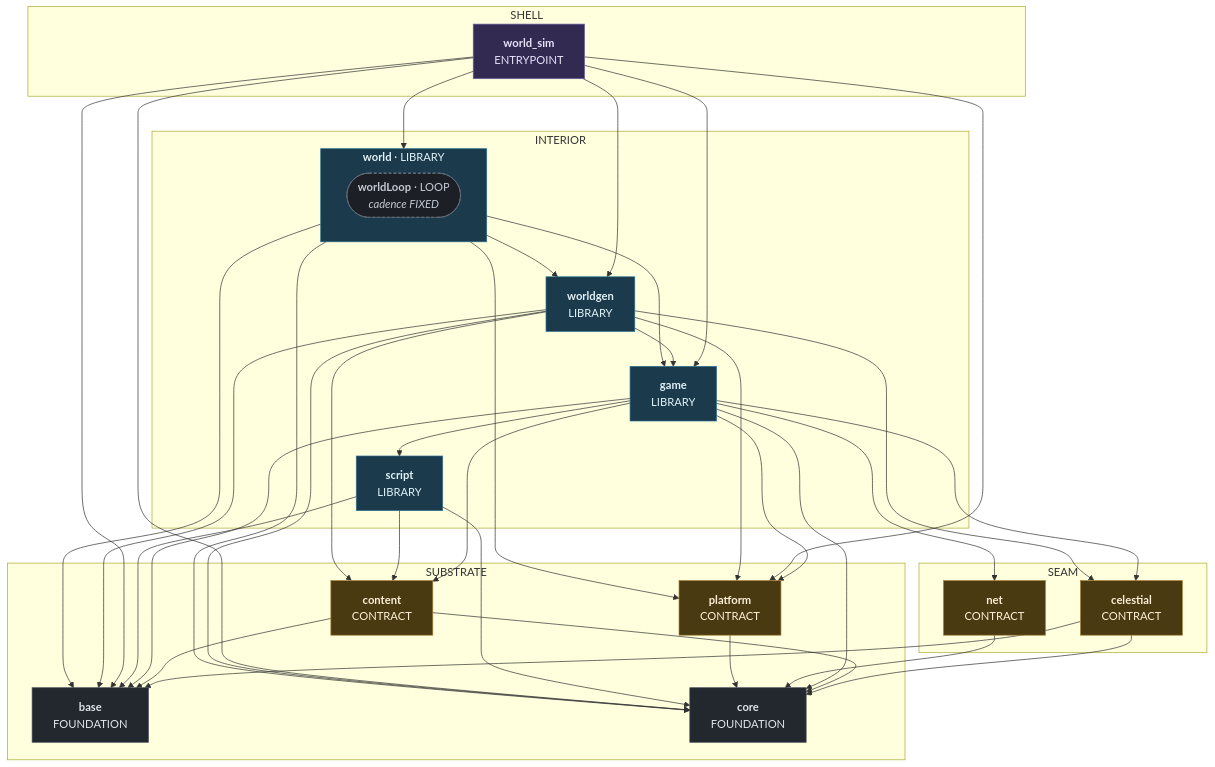
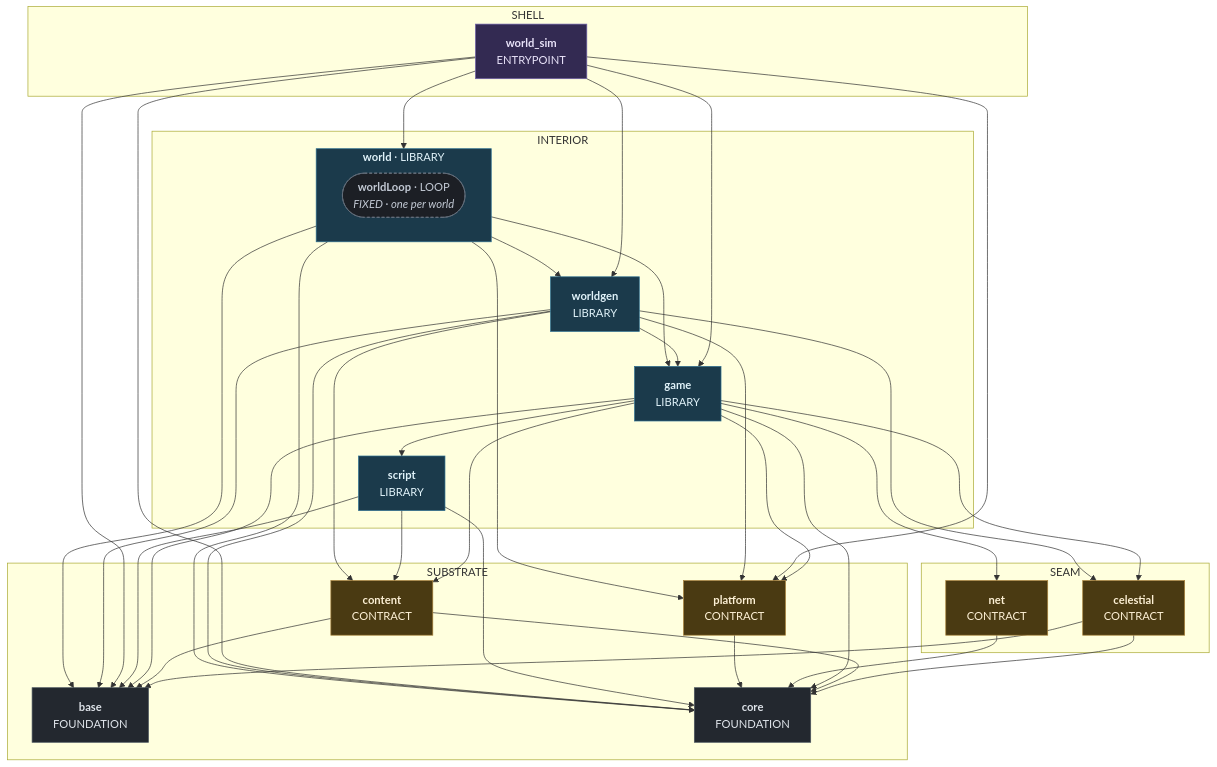
The eighth of 10 diagrams in docs/superpowers/specs/2026-08-01-sovereign-headless-client-design.md (apnex/OpenStarbound), drawn with Mermaid before and after one commit. The commit also changed other lines of this file and 2 other files, not shown here.

````diff
--- a/docs/superpowers/specs/2026-08-01-sovereign-headless-client-design.md
+++ b/docs/superpowers/specs/2026-08-01-sovereign-headless-client-design.md
@@ -2217,69 +2217,69 @@
 ```mermaid
 %% composition: world_sim
 flowchart TD
   subgraph Z_SUBSTRATE ["SUBSTRATE"]
     base["<b>base</b><br/>FOUNDATION"]
     content["<b>content</b><br/>CONTRACT"]
     core["<b>core</b><br/>FOUNDATION"]
     platform["<b>platform</b><br/>CONTRACT"]
   end
   subgraph Z_SEAM ["SEAM"]
     celestial["<b>celestial</b><br/>CONTRACT"]
     net["<b>net</b><br/>CONTRACT"]
   end
   subgraph Z_INTERIOR ["INTERIOR"]
     game["<b>game</b><br/>LIBRARY"]
     script["<b>script</b><br/>LIBRARY"]
     subgraph world ["<b>world</b> · LIBRARY"]
-      world_worldLoop(["<b>worldLoop</b> · LOOP<br/><i>cadence FIXED</i>"])
+      world_worldLoop(["<b>worldLoop</b> · LOOP<br/><i>FIXED · one per world</i>"])
     end
     worldgen["<b>worldgen</b><br/>LIBRARY"]
   end
   subgraph Z_SHELL ["SHELL"]
     world_sim["<b>world_sim</b><br/>ENTRYPOINT"]
   end
   celestial --> base
   celestial --> core
   content --> base
   content --> core
   game --> base
   game --> celestial
   game --> content
   game --> core
   game --> net
   game --> platform
   game --> script
   net --> core
   platform --> core
   script --> base
   script --> content
   script --> core
   world --> base
   world --> core
   world --> game
   world --> platform
   world --> worldgen
   world_sim --> base
   world_sim --> core
   world_sim --> game
   world_sim --> platform
   world_sim --> world
   world_sim --> worldgen
   worldgen --> base
   worldgen --> celestial
   worldgen --> content
   worldgen --> core
   worldgen --> game
   worldgen --> platform
   classDef kFoundation fill:#23282f,stroke:#4a545e,color:#dfe4ea
   classDef kContract fill:#4a3a12,stroke:#a8813a,color:#fdf0d5
   classDef kBackend fill:#5c2020,stroke:#aa3333,color:#ffe5e5
   classDef kLibrary fill:#1b3a4b,stroke:#2c6e8f,color:#e0f2f9
   classDef kEntrypoint fill:#332a52,stroke:#6d5fa8,color:#e8e2f8
   classDef kElement fill:#1c1f25,stroke:#6b7482,color:#c2c9d4,stroke-dasharray:4 3
   class base,core kFoundation
   class celestial,content,net,platform kContract
   class game,script,world,worldgen kLibrary
   class world_sim kEntrypoint
   class world_worldLoop kElement
 ```
````
